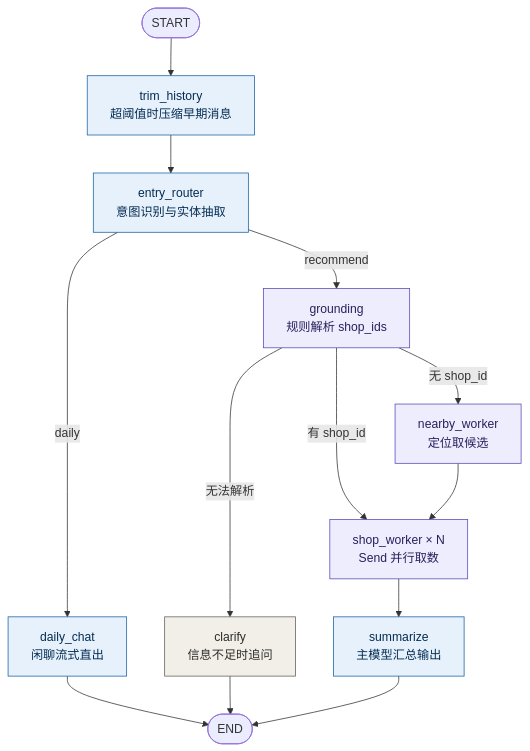
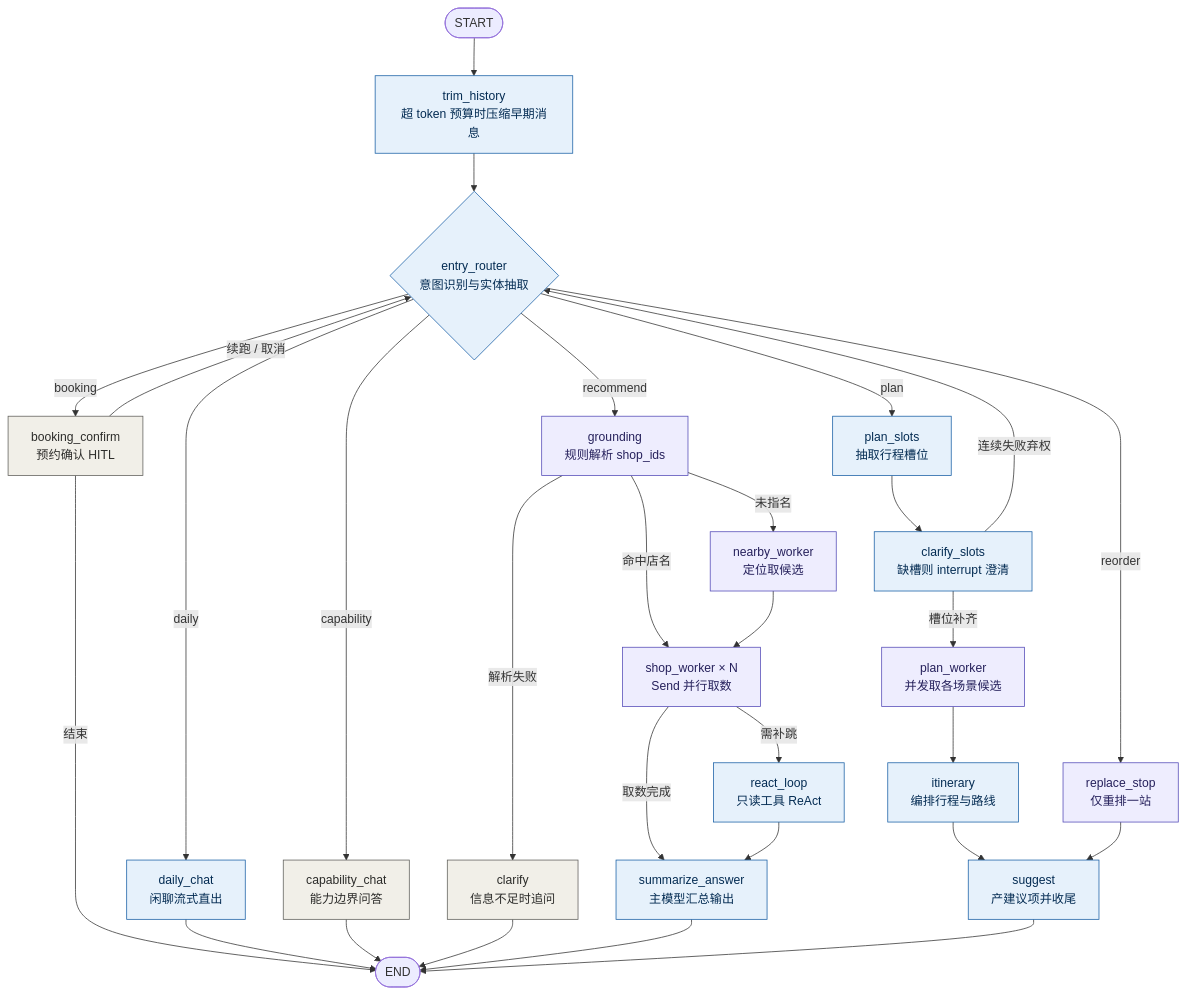
Before and after one commit to wuzang213/ppl-agent-service: the diagram in README.md, drawn with Mermaid. The commit also changed other lines of this file and 36 other files, not shown here.

````diff
--- a/README.md
+++ b/README.md
@@ -29,22 +37,42 @@
 ```mermaid
 flowchart TD
-    S([START]) --> T["trim_history<br/>超阈值时压缩早期消息"]
-    T --> R["entry_router<br/>意图识别与实体抽取"]
+    S([START]) --> T["trim_history<br/>超 token 预算时压缩早期消息"]
+    T --> R{"entry_router<br/>意图识别与实体抽取"}
+
     R -->|daily| D["daily_chat<br/>闲聊流式直出"]
+    R -->|capability| CB["capability_chat<br/>能力边界问答"]
     R -->|recommend| G["grounding<br/>规则解析 shop_ids"]
-    G -->|有 shop_id| W["shop_worker × N<br/>Send 并行取数"]
-    G -->|无 shop_id| N["nearby_worker<br/>定位取候选"]
-    G -->|无法解析| C["clarify<br/>信息不足时追问"]
+    R -->|plan| PS["plan_slots<br/>抽取行程槽位"]
+    R -->|booking| BC["booking_confirm<br/>预约确认 HITL"]
+    R -->|reorder| RS["replace_stop<br/>仅重排一站"]
+
+    G -->|命中店名| W["shop_worker × N<br/>Send 并行取数"]
+    G -->|未指名| N["nearby_worker<br/>定位取候选"]
+    G -->|解析失败| C["clarify<br/>信息不足时追问"]
     N --> W
-    W --> Z["summarize<br/>主模型汇总输出"]
-    D --> E([END])
+    W -->|需补跳| RL["react_loop<br/>只读工具 ReAct"]
+    W -->|取数完成| Z["summarize_answer<br/>主模型汇总输出"]
+    RL --> Z
+
+    PS --> CS["clarify_slots<br/>缺槽则 interrupt 澄清"]
+    CS -->|槽位补齐| PW["plan_worker<br/>并发取各场景候选"]
+    CS -->|连续失败弃权| R
+    PW --> IT["itinerary<br/>编排行程与路线"]
+    IT --> SG["suggest<br/>产建议项并收尾"]
+    RS --> SG
+
+    BC -->|续跑 / 取消| R
+    BC -->|结束| E([END])
+    D --> E
+    CB --> E
     C --> E
     Z --> E
+    SG --> E
 
     classDef llm fill:#E6F1FB,stroke:#185FA5,color:#042C53
     classDef data fill:#EEEDFE,stroke:#534AB7,color:#26215C
     classDef plain fill:#F1EFE8,stroke:#5F5E5A,color:#2C2C2A
-    class T,R,D,Z llm
-    class G,W,N data
-    class C plain
+    class T,R,D,PS,CS,IT,SG,Z,RL llm
+    class G,W,N,PW,RS data
+    class C,CB,BC plain
 ```
````
